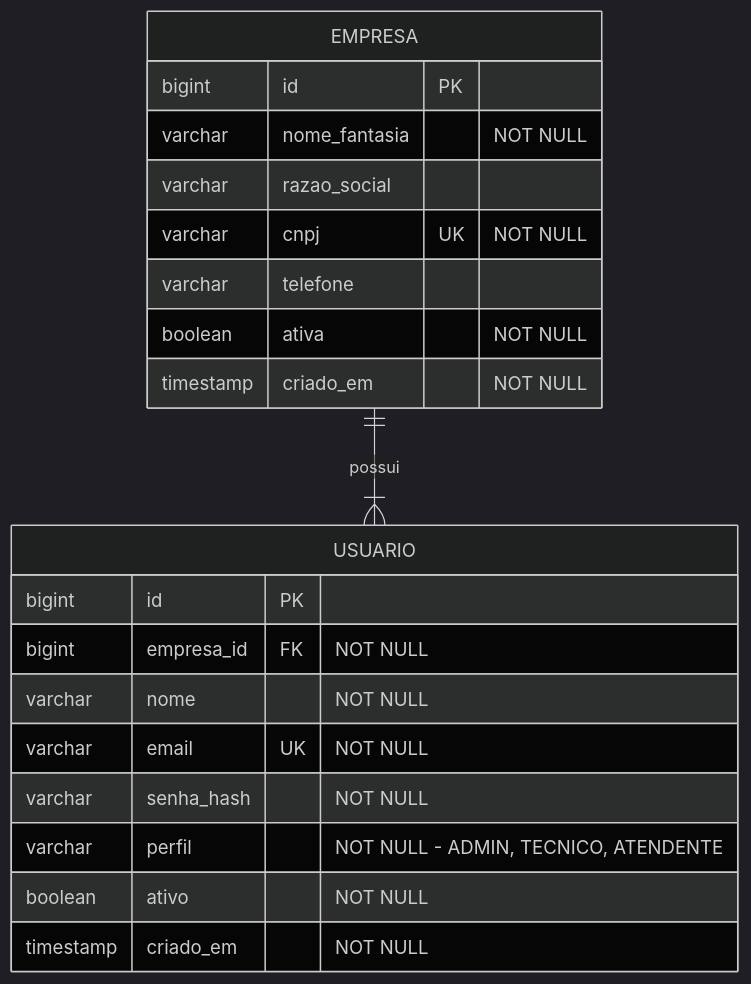
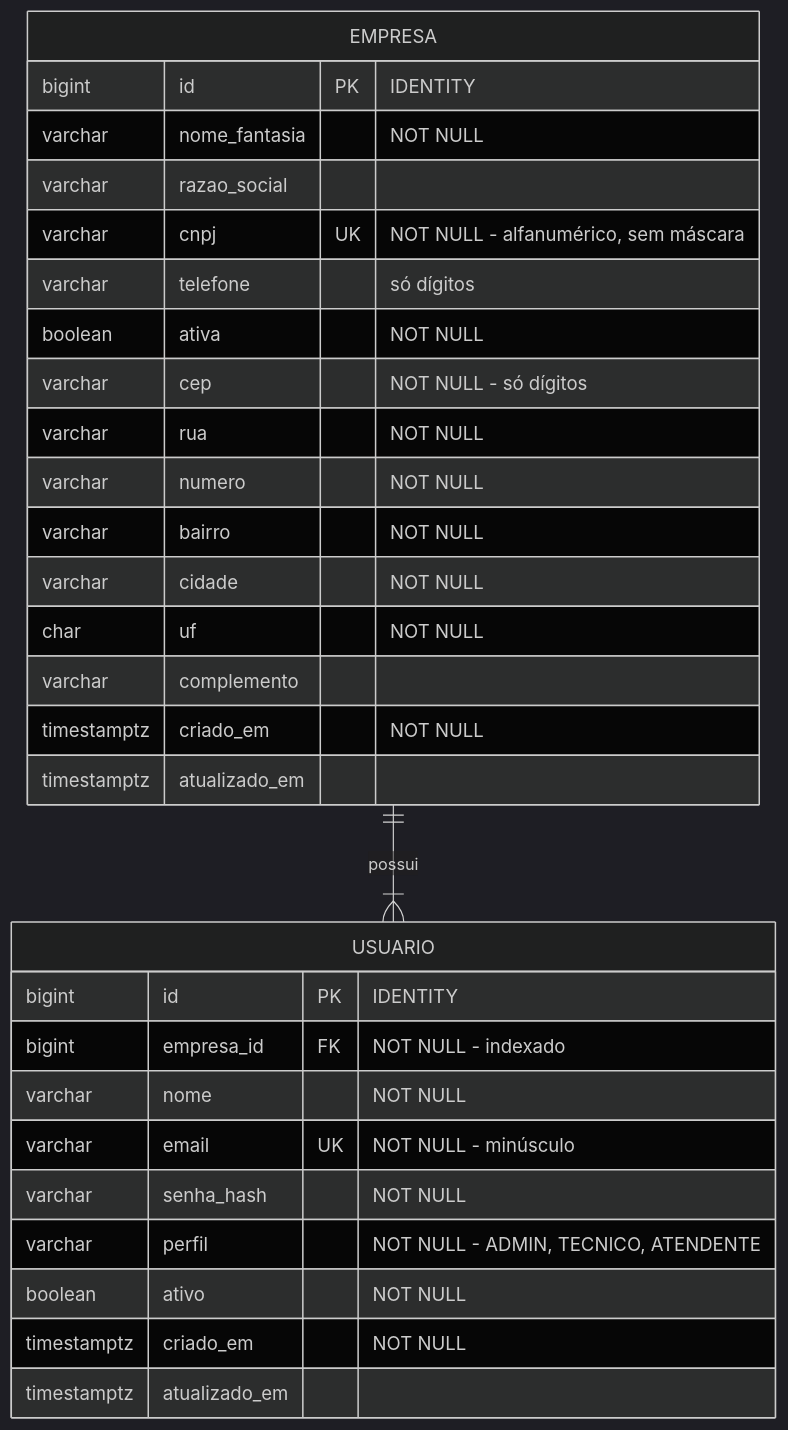
The diagram in docs/modelo-de-dados.md (RobsonSF97/Projeto-MaTex), drawn with Mermaid (dark theme) before and after one commit. The commit also changed other lines of this file and 1 other file, not shown here.

Commit message:
docs: atualiza modelo de dados e registra decisão sobre CNPJ alfanumérico

````diff
--- a/docs/modelo-de-dados.md
+++ b/docs/modelo-de-dados.md
@@ -8,25 +8,34 @@
 ```mermaid
 erDiagram
     EMPRESA ||--|{ USUARIO : "possui"
 
     EMPRESA {
-        bigint id PK
+        bigint id PK "IDENTITY"
         varchar nome_fantasia "NOT NULL"
         varchar razao_social
-        varchar cnpj UK "NOT NULL"
-        varchar telefone
+        varchar cnpj UK "NOT NULL - alfanumérico, sem máscara"
+        varchar telefone "só dígitos"
         boolean ativa "NOT NULL"
-        timestamp criado_em "NOT NULL"
+        varchar cep "NOT NULL - só dígitos"
+        varchar rua "NOT NULL"
+        varchar numero "NOT NULL"
+        varchar bairro "NOT NULL"
+        varchar cidade "NOT NULL"
+        char uf "NOT NULL"
+        varchar complemento
+        timestamptz criado_em "NOT NULL"
+        timestamptz atualizado_em
     }
 
     USUARIO {
-        bigint id PK
-        bigint empresa_id FK "NOT NULL"
+        bigint id PK "IDENTITY"
+        bigint empresa_id FK "NOT NULL - indexado"
         varchar nome "NOT NULL"
-        varchar email UK "NOT NULL"
+        varchar email UK "NOT NULL - minúsculo"
         varchar senha_hash "NOT NULL"
         varchar perfil "NOT NULL - ADMIN, TECNICO, ATENDENTE"
         boolean ativo "NOT NULL"
-        timestamp criado_em "NOT NULL"
+        timestamptz criado_em "NOT NULL"
+        timestamptz atualizado_em
     }
 ```
````
